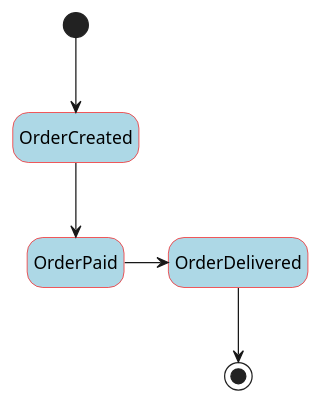
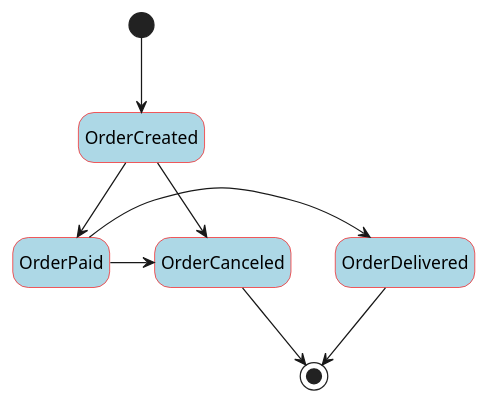
The diagram in README.md (idugalic/axon-statemachine-demo), drawn with PlantUML before and after one commit. The commit also changed other lines of this file and 15 other files, not shown here.

````diff
--- a/README.md
+++ b/README.md
@@ -27,17 +27,20 @@
 ```puml
 @startuml
 skinparam state {
   StartColor DarkGreen
   EndColor DarkRed
   BackgroundColor LightBlue
   BackgroundColor<<Warning>> Olive
   BorderColor Red
 }
 hide empty description
 
 [*] --> OrderCreated
 OrderCreated --> OrderPaid
+OrderCreated --> OrderCanceled
 OrderPaid -> OrderDelivered
+OrderPaid -> OrderCanceled
 OrderDelivered --> [*]
+OrderCanceled --> [*]
 @enduml
 ```
````
